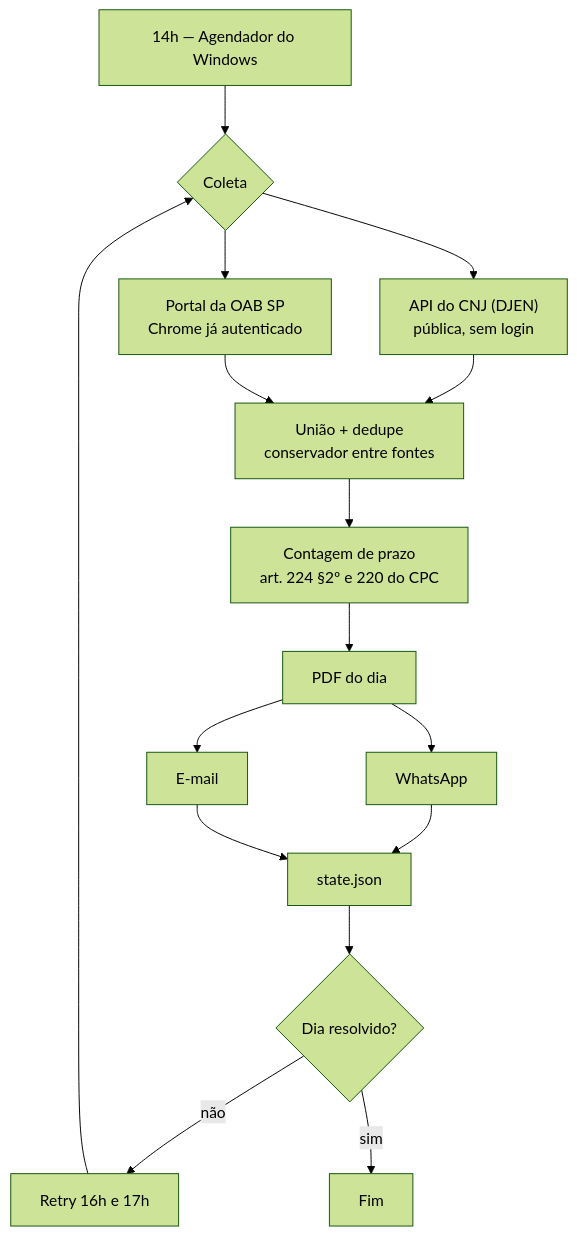
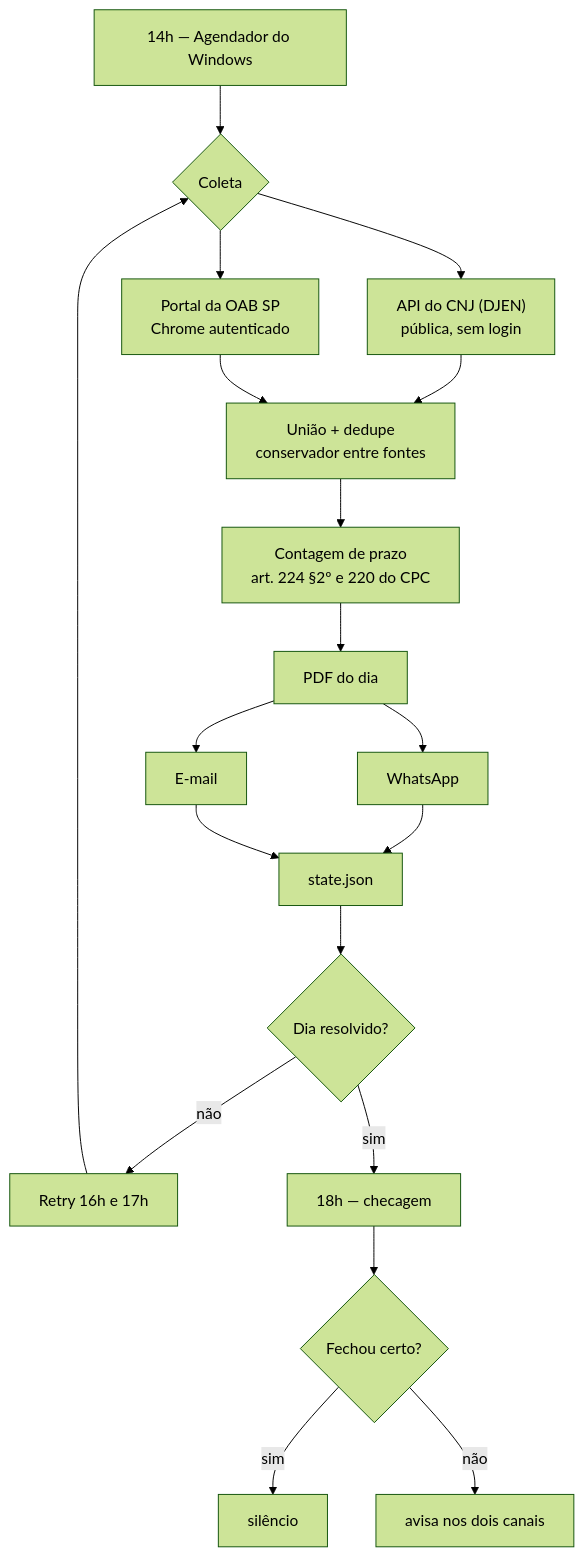
The diagram in README.md (GustavoFariaDev/oab-publicacoes), drawn with Mermaid (forest theme) before and after one commit. The commit also changed other lines of this file and 11 other files, not shown here.

````diff
--- a/README.md
+++ b/README.md
@@ -14,18 +14,21 @@
 ```mermaid
 flowchart TD
     T["14h — Agendador do Windows"] --> C{Coleta}
     C --> CNJ["API do CNJ (DJEN)<br/>pública, sem login"]
-    C --> P["Portal da OAB SP<br/>Chrome já autenticado"]
+    C --> P["Portal da OAB SP<br/>Chrome autenticado"]
     CNJ --> U["União + dedupe<br/>conservador entre fontes"]
     P --> U
     U --> PZ["Contagem de prazo<br/>art. 224 §2º e 220 do CPC"]
     PZ --> PDF["PDF do dia"]
     PDF --> W["WhatsApp"]
     PDF --> E["E-mail"]
     W --> S["state.json"]
     E --> S
     S --> R{"Dia resolvido?"}
     R -->|não| RT["Retry 16h e 17h"]
     RT --> C
-    R -->|sim| F["Fim"]
+    R -->|sim| V["18h — checagem"]
+    V --> F{"Fechou certo?"}
+    F -->|sim| Q["silêncio"]
+    F -->|não| A["avisa nos dois canais"]
 ```
````
